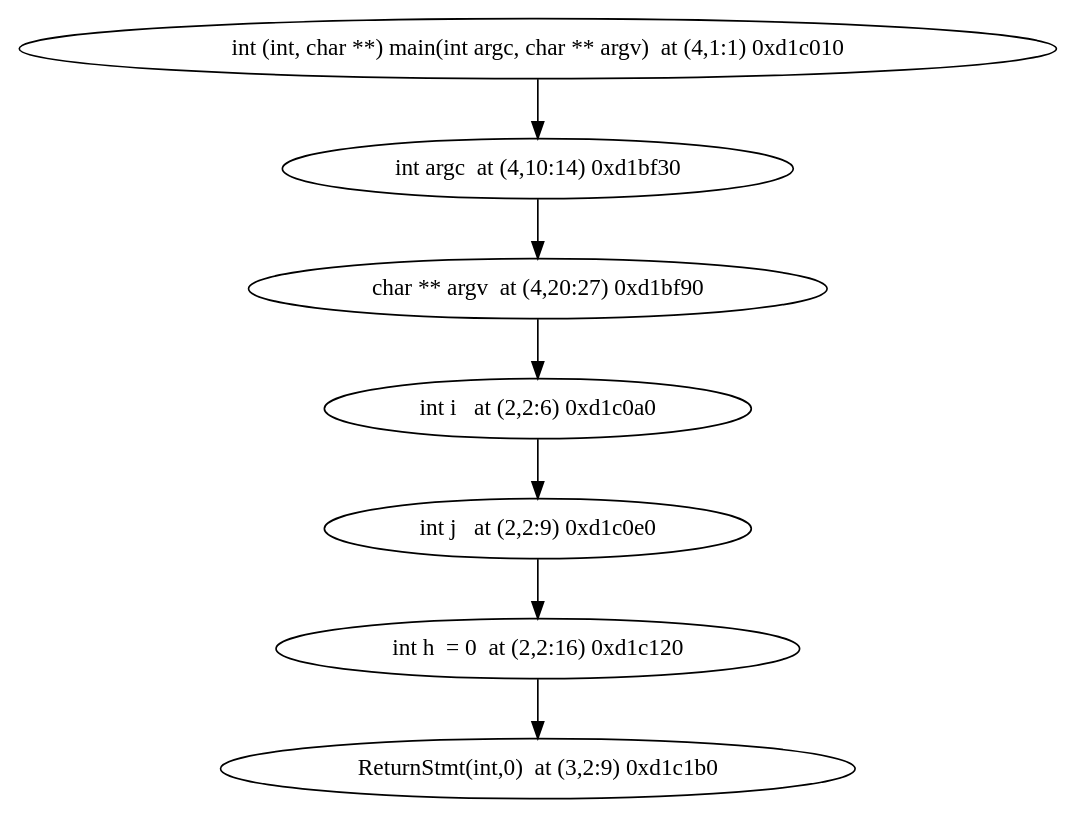
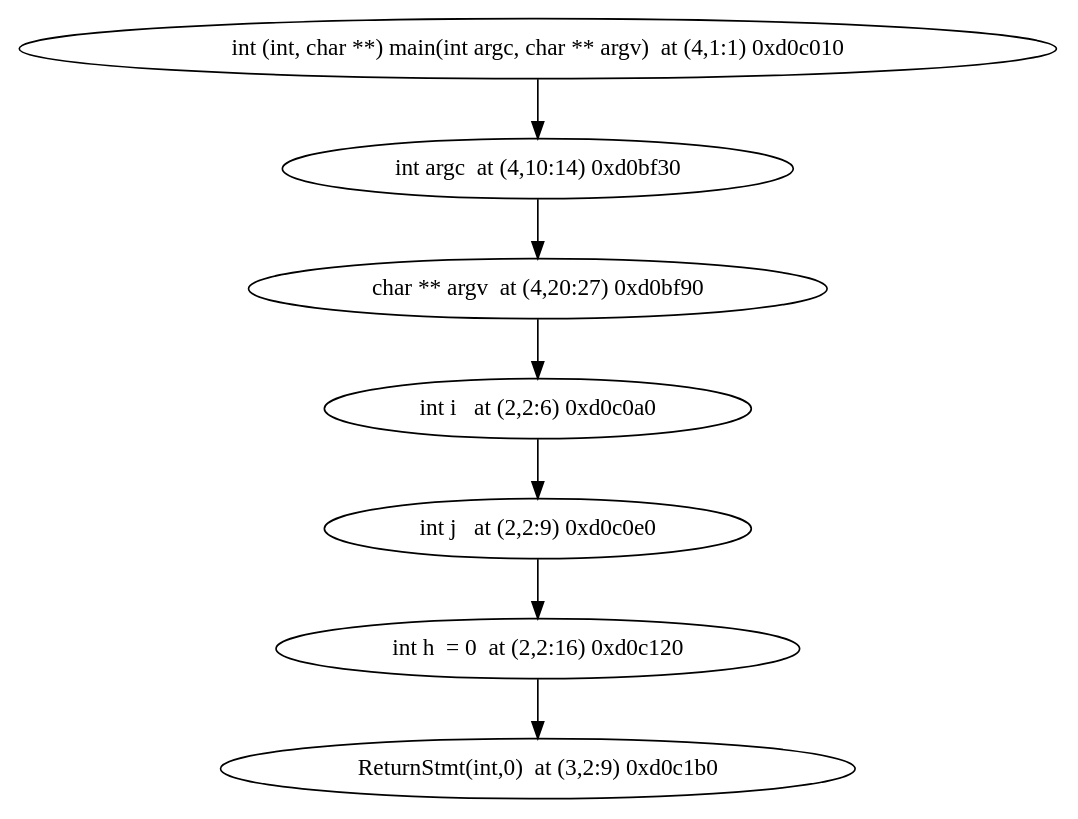
The diagram in ModelChecker/unitary_tests/ast/various/test.dot (jxw1102/Projet-merou), drawn with Graphviz before and after one commit. The commit also changed 42 other files, not shown here.

```diff
--- a/ModelChecker/unitary_tests/ast/various/test.dot
+++ b/ModelChecker/unitary_tests/ast/various/test.dot
@@ -1,9 +1,9 @@
 digraph {
-"int (int, char **) main(int argc, char ** argv)  at (4,1:1) 0xd1c010" -> "int argc  at (4,10:14) 0xd1bf30"
-"int argc  at (4,10:14) 0xd1bf30" -> "char ** argv  at (4,20:27) 0xd1bf90"
-"char ** argv  at (4,20:27) 0xd1bf90" -> "int i   at (2,2:6) 0xd1c0a0"
-"int i   at (2,2:6) 0xd1c0a0" -> "int j   at (2,2:9) 0xd1c0e0"
-"int j   at (2,2:9) 0xd1c0e0" -> "int h  = 0  at (2,2:16) 0xd1c120"
-"int h  = 0  at (2,2:16) 0xd1c120" -> "ReturnStmt(int,0)  at (3,2:9) 0xd1c1b0"
-"ReturnStmt(int,0)  at (3,2:9) 0xd1c1b0"
+{main0xd0c010 [label="int (int, char **) main(int argc, char ** argv)  at (4,1:1) 0xd0c010"]} -> {main0xd0bf30 [label="int argc  at (4,10:14) 0xd0bf30"]}
+{main0xd0bf30 [label="int argc  at (4,10:14) 0xd0bf30"]} -> {main0xd0bf90 [label="char ** argv  at (4,20:27) 0xd0bf90"]}
+{main0xd0bf90 [label="char ** argv  at (4,20:27) 0xd0bf90"]} -> {main0xd0c0a0 [label="int i   at (2,2:6) 0xd0c0a0"]}
+{main0xd0c0a0 [label="int i   at (2,2:6) 0xd0c0a0"]} -> {main0xd0c0e0 [label="int j   at (2,2:9) 0xd0c0e0"]}
+{main0xd0c0e0 [label="int j   at (2,2:9) 0xd0c0e0"]} -> {main0xd0c120 [label="int h  = 0  at (2,2:16) 0xd0c120"]}
+{main0xd0c120 [label="int h  = 0  at (2,2:16) 0xd0c120"]} -> {main0xd0c1b0 [label="ReturnStmt(int,0)  at (3,2:9) 0xd0c1b0"]}
+{main0xd0c1b0 [label="ReturnStmt(int,0)  at (3,2:9) 0xd0c1b0"]}
 }
```
